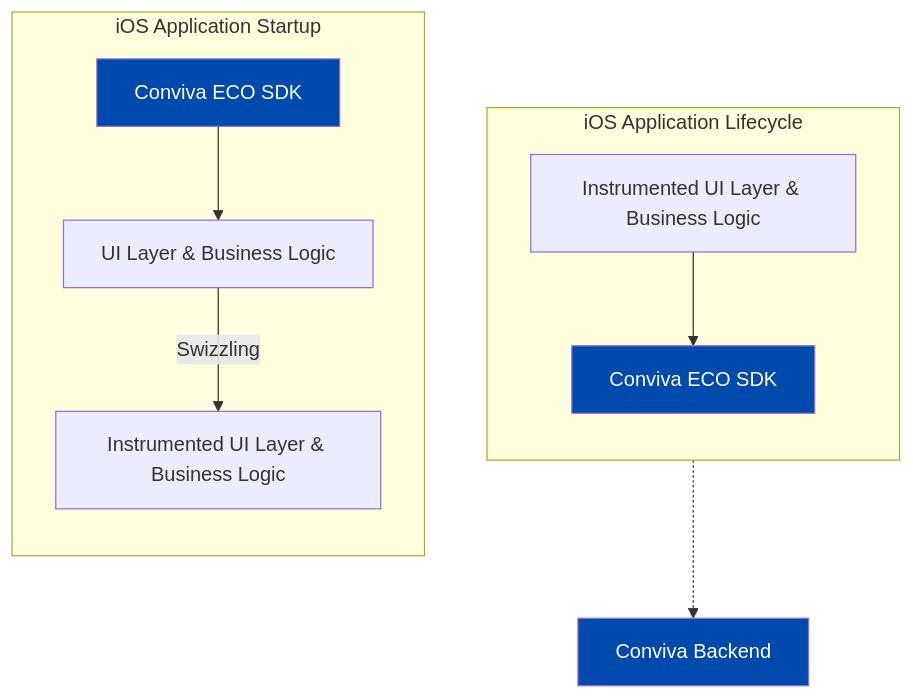
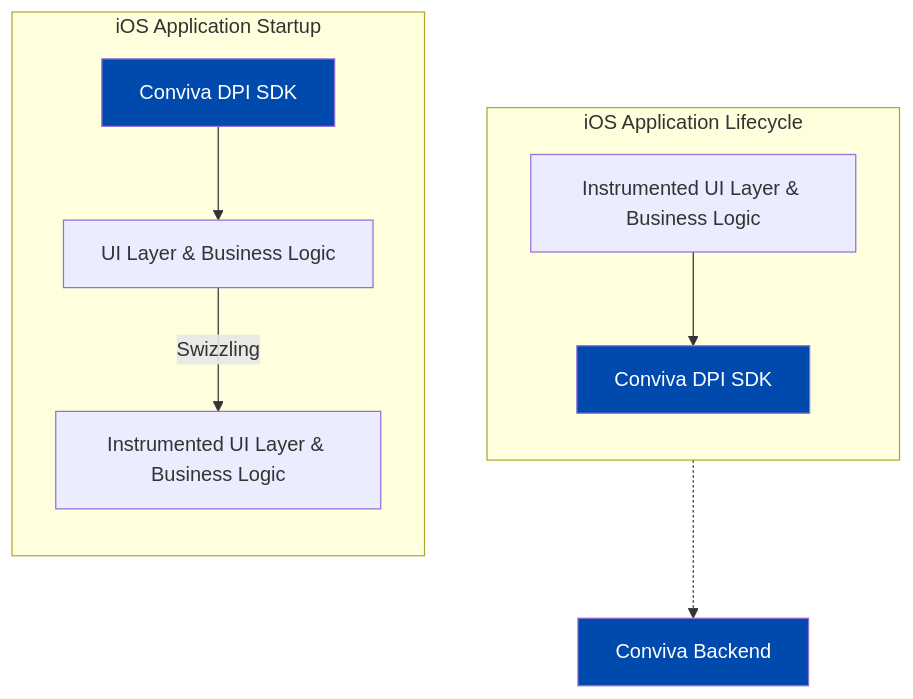
The diagram in README.md (Conviva/conviva-ios-appanalytics), drawn with Mermaid before and after one commit. The commit also changed other lines of this file, not shown here.

Commit message:
Modifying ECO->DPI

````diff
--- a/README.md
+++ b/README.md
@@ -23,23 +23,23 @@
 ```mermaid
    graph TB
 
      %% Lifecycle Phase (right)
      subgraph B[iOS Application Lifecycle]
        direction TB
        app[Instrumented UI Layer & Business Logic]
-       app --> sdk[Conviva ECO SDK]
+       app --> sdk[Conviva DPI SDK]
      end
       sdk -.-> backend[Conviva Backend]
    
      %% Startup Phase (left)
      subgraph A[iOS Application Startup]
        direction TB
-       sdk_startup[Conviva ECO SDK] --> app_startup[UI Layer & Business Logic]
+       sdk_startup[Conviva DPI SDK] --> app_startup[UI Layer & Business Logic]
        app_startup --> |Swizzling| swizzled[Instrumented UI Layer & Business Logic]
      end
    
      %% Styling
      style sdk fill:#004AAD,color:#FFFFFF
      style sdk_startup fill:#004AAD,color:#FFFFFF
      style backend color:#FFFFFF,fill:#004AAD
 ```
````
